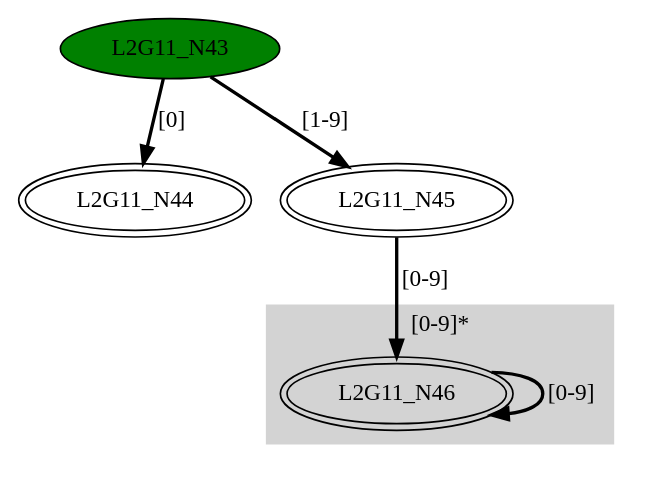
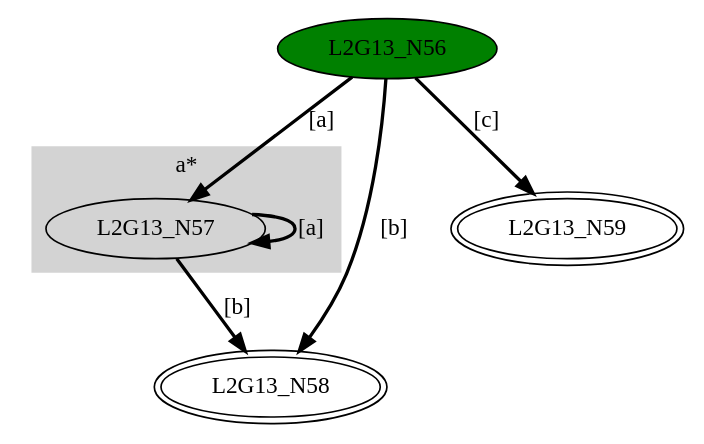
The diagram in DFASimulator/Testbench/mergeDFA2.dot (GDimitroulakos/EDUFLEX), drawn with Graphviz before and after one commit. The commit also changed 216 other files, not shown here.

```diff
--- a/DFASimulator/Testbench/mergeDFA2.dot
+++ b/DFASimulator/Testbench/mergeDFA2.dot
@@ -1,16 +1,17 @@
-digraph G11{
+digraph G13{
 	subgraph cluster1 {
 		node [style=filled];
 		style=filled;
 		color=lightgrey;
-		label ="[0-9]*";
-		L2G11_N46;
-	}"L2G11_N43" [style=filled,fillcolor=green];
-"L2G11_N44" [peripheries=2];
-"L2G11_N45" [peripheries=2];
-"L2G11_N46" [peripheries=2];
-"L2G11_N43"->"L2G11_N44" [style = bold, label = "[0]"];
-"L2G11_N43"->"L2G11_N45" [style = bold, label = "[1-9]"];
-"L2G11_N45"->"L2G11_N46" [style = bold, label = "[0-9]"];
-"L2G11_N46"->"L2G11_N46" [style = bold, label = "[0-9]"];
+		label ="a*";
+		L2G13_N57;
+	}"L2G13_N56" [style=filled,fillcolor=green];
+"L2G13_N57";
+"L2G13_N58" [peripheries=2];
+"L2G13_N59" [peripheries=2];
+"L2G13_N56"->"L2G13_N57" [style = bold, label = "[a]"];
+"L2G13_N56"->"L2G13_N58" [style = bold, label = "[b]"];
+"L2G13_N56"->"L2G13_N59" [style = bold, label = "[c]"];
+"L2G13_N57"->"L2G13_N57" [style = bold, label = "[a]"];
+"L2G13_N57"->"L2G13_N58" [style = bold, label = "[b]"];
 }
```
